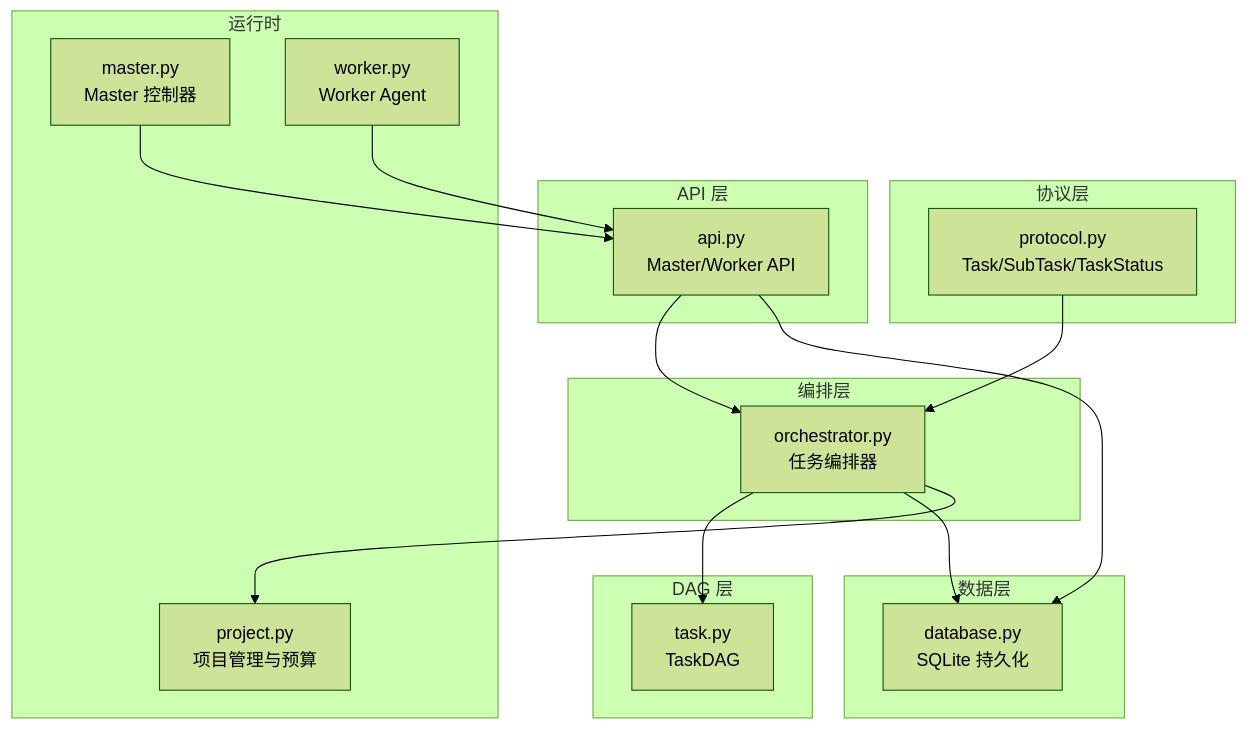
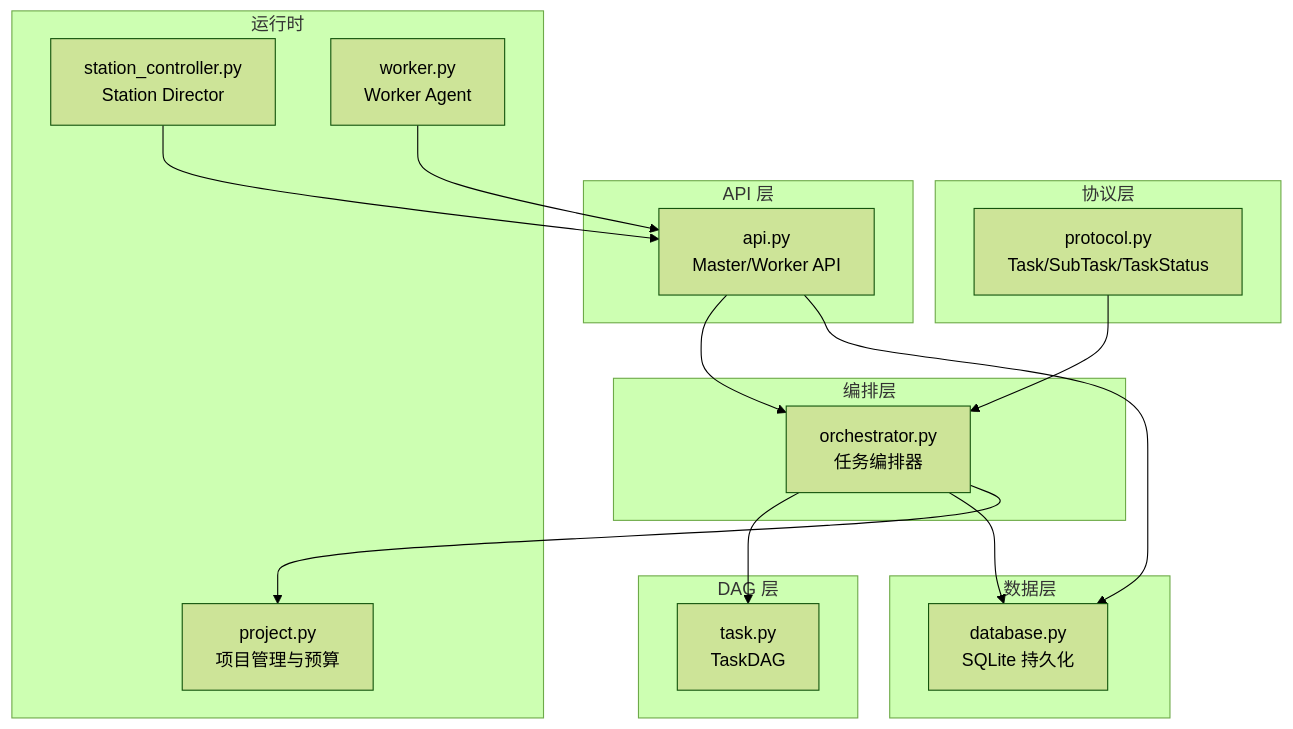
One commit to targalian/Personal-distributed-workstation changed the first of 6 diagrams in .qoder/repowiki/zh/content/核心模块/任务编排系统/任务模型设计.md. Above: the diagram before and after it, drawn with Mermaid (forest theme). The commit also changed other lines of this file and 63 other files, not shown here.

Commit message:
docs(station): 同步 repo wiki 至 station_controller/station_api 架构

````diff
--- a/.qoder/repowiki/zh/content/核心模块/任务编排系统/任务模型设计.md
+++ b/.qoder/repowiki/zh/content/核心模块/任务编排系统/任务模型设计.md
@@ -38,31 +38,31 @@
 ```mermaid
 graph TB
 subgraph "协议层"
 P1["protocol.py<br/>Task/SubTask/TaskStatus"]
 end
 subgraph "编排层"
 O1["orchestrator.py<br/>任务编排器"]
 end
 subgraph "DAG 层"
 D1["task.py<br/>TaskDAG"]
 end
 subgraph "数据层"
 DB1["database.py<br/>SQLite 持久化"]
 end
 subgraph "API 层"
 API1["api.py<br/>Master/Worker API"]
 end
 subgraph "运行时"
-M1["master.py<br/>Master 控制器"]
+M1["station_controller.py<br/>Station Director"]
 W1["worker.py<br/>Worker Agent"]
 PM1["project.py<br/>项目管理与预算"]
 end
 P1 --> O1
 O1 --> D1
 O1 --> DB1
 API1 --> O1
 API1 --> DB1
 M1 --> API1
 W1 --> API1
 O1 --> PM1
 ```
````
